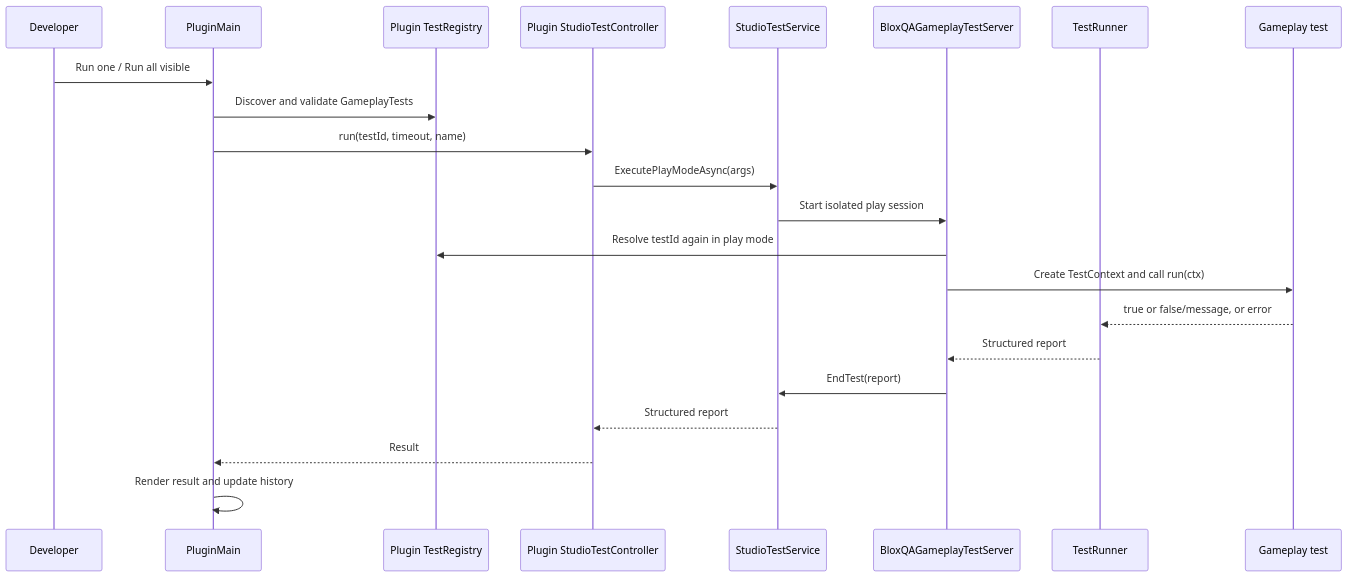
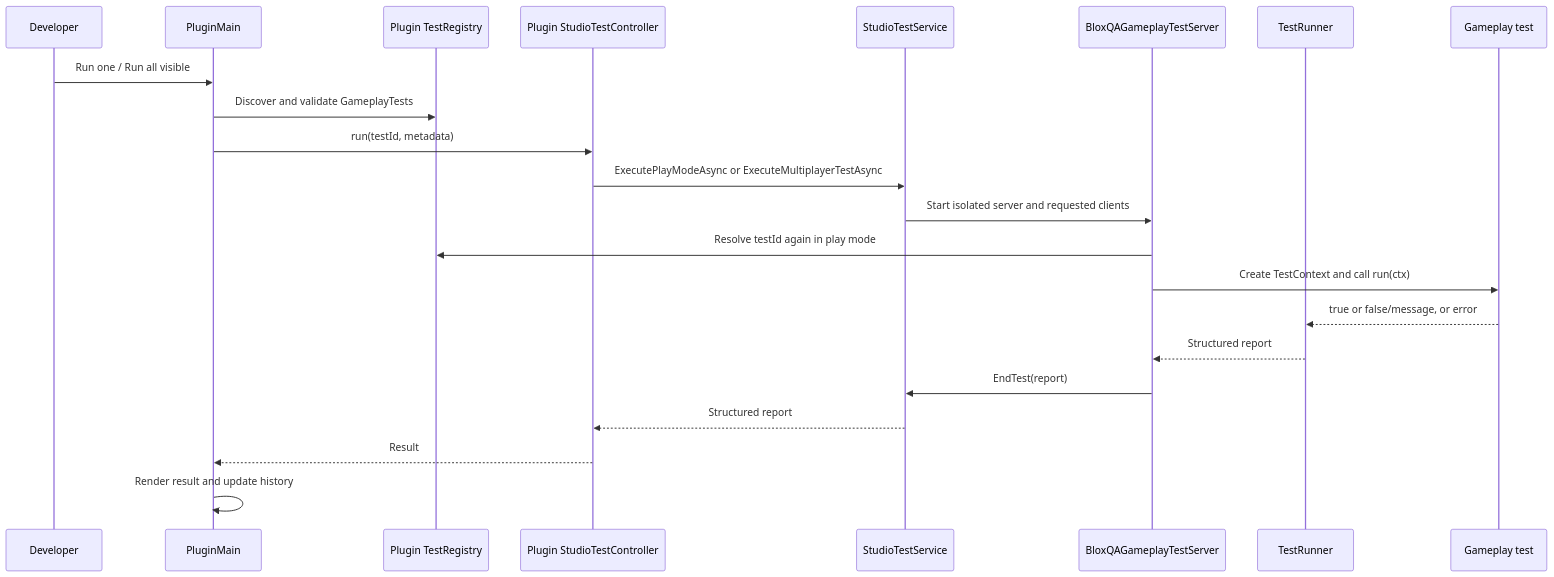
One commit to Apisalam/BloxQA changed the diagram in docs/architecture.md. Above: the diagram before and after it, drawn with Mermaid. The commit also changed other lines of this file and 22 other files, not shown here.

````diff
--- a/docs/architecture.md
+++ b/docs/architecture.md
@@ -7,25 +7,25 @@
 ```mermaid
 sequenceDiagram
     participant Developer
     participant UI as PluginMain
     participant Registry as Plugin TestRegistry
     participant Controller as Plugin StudioTestController
     participant STS as StudioTestService
     participant Server as BloxQAGameplayTestServer
     participant Runner as TestRunner
     participant Test as Gameplay test
 
     Developer->>UI: Run one / Run all visible
     UI->>Registry: Discover and validate GameplayTests
-    UI->>Controller: run(testId, timeout, name)
-    Controller->>STS: ExecutePlayModeAsync(args)
-    STS->>Server: Start isolated play session
+    UI->>Controller: run(testId, metadata)
+    Controller->>STS: ExecutePlayModeAsync or ExecuteMultiplayerTestAsync
+    STS->>Server: Start isolated server and requested clients
     Server->>Registry: Resolve testId again in play mode
     Server->>Test: Create TestContext and call run(ctx)
     Test-->>Runner: true or false/message, or error
     Runner-->>Server: Structured report
     Server->>STS: EndTest(report)
     STS-->>Controller: Structured report
     Controller-->>UI: Result
     UI->>UI: Render result and update history
 ```
````
